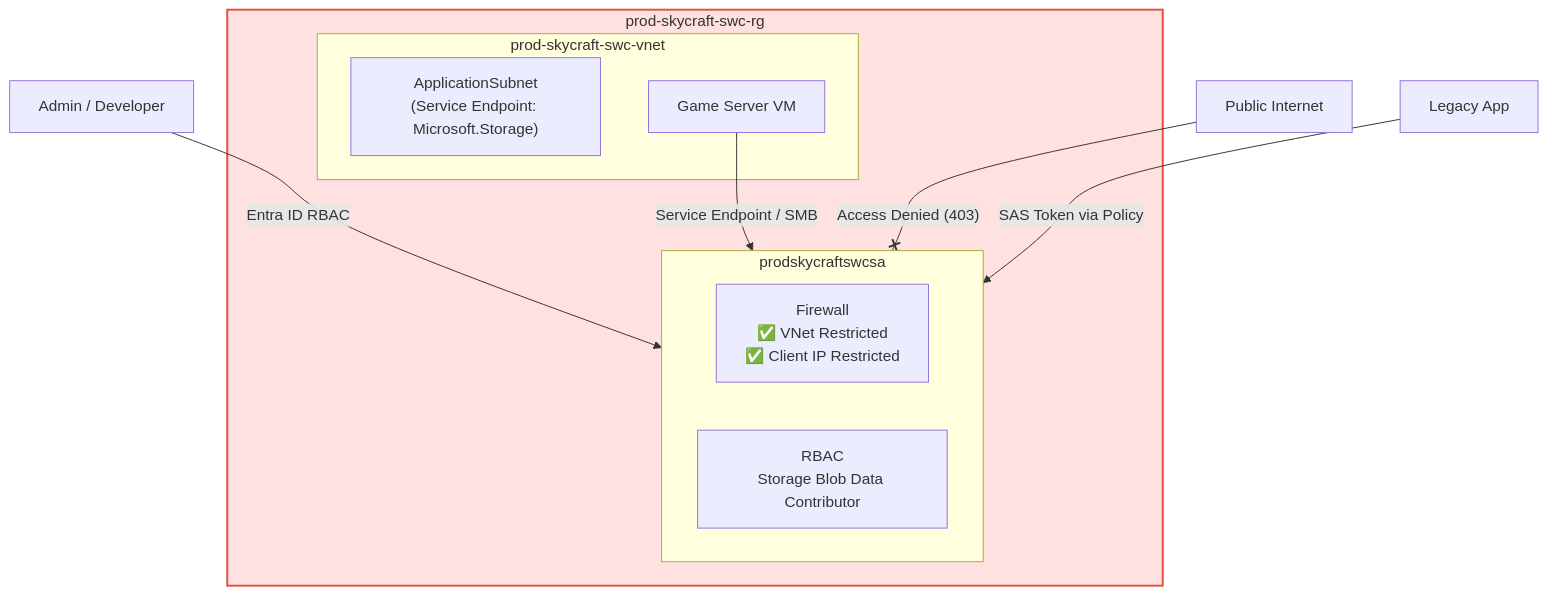
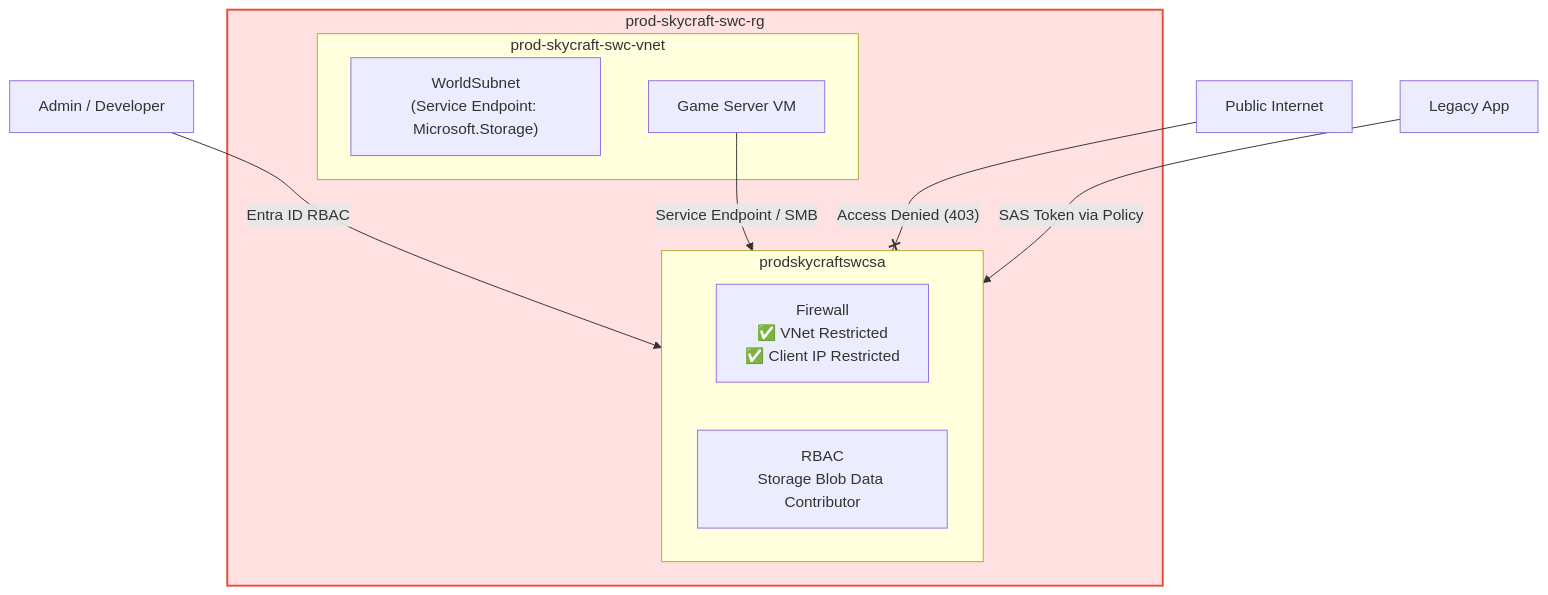
One commit to mbiszczanik/skycraft changed the first of 2 diagrams in module-4-storage/4.4-storage-security/lab-guide-4.4.md. Above: the diagram before and after it, drawn with Mermaid. The commit also changed other lines of this file and 96 other files, not shown here.

````diff
--- a/module-4-storage/4.4-storage-security/lab-guide-4.4.md
+++ b/module-4-storage/4.4-storage-security/lab-guide-4.4.md
@@ -19,21 +19,21 @@
 ```mermaid
 graph TB
     subgraph ProdResources ["prod-skycraft-swc-rg"]
         style ProdResources fill:#ffe1e1,stroke:#e74c3c,stroke-width:2px
 
         subgraph SA ["prodskycraftswcsa"]
             Firewall["Firewall<br/>✅ VNet Restricted<br/>✅ Client IP Restricted"]
             IAM["RBAC<br/>Storage Blob Data Contributor"]
         end
 
         subgraph VNet ["prod-skycraft-swc-vnet"]
-            Subnet["ApplicationSubnet<br/>(Service Endpoint: Microsoft.Storage)"]
+            Subnet["WorldSubnet<br/>(Service Endpoint: Microsoft.Storage)"]
             VM["Game Server VM"]
         end
     end
 
     User["Admin / Developer"] -->|Entra ID RBAC| SA
     VM -->|Service Endpoint / SMB| SA
     Internet["Public Internet"] --x|"Access Denied (403)"| SA
     LegacyApp["Legacy App"] -->|"SAS Token via Policy"| SA
 ```
````
